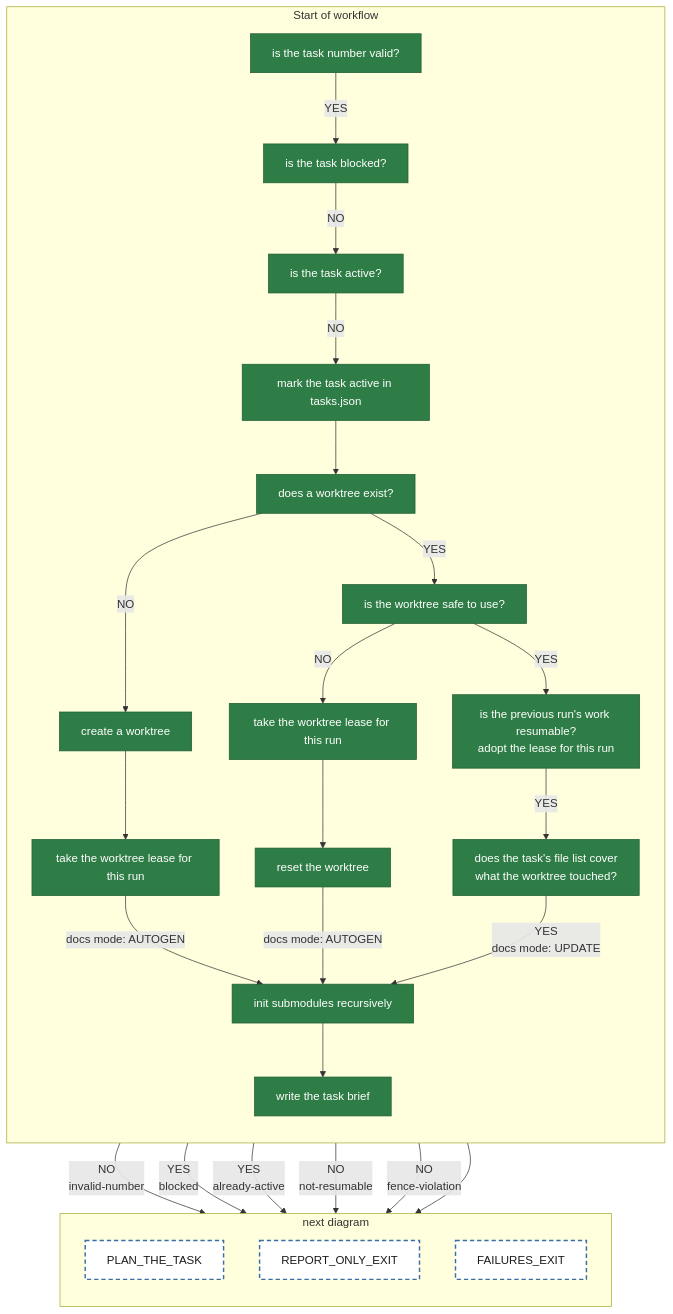
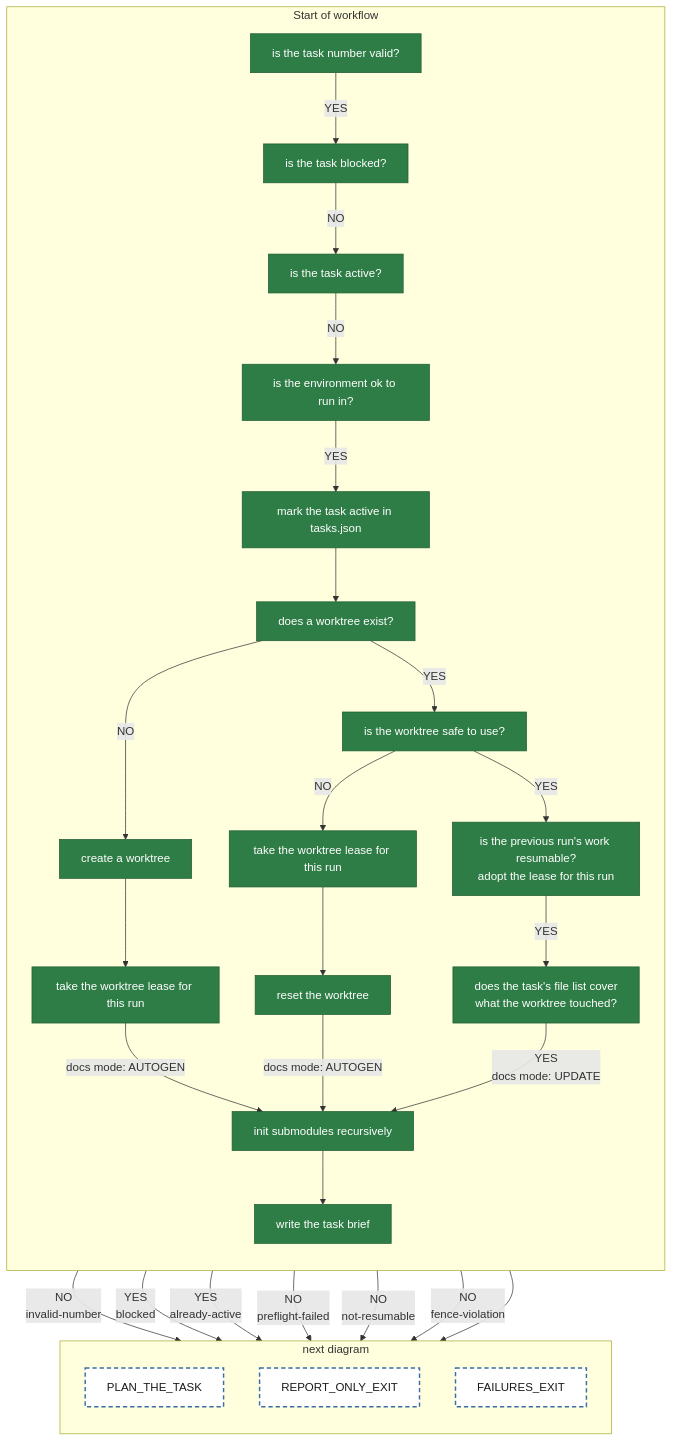
Before and after one commit to matkatmusic/taskTools: the diagram in diagrams/tackle-tasks/pipeline-preambleStatusCheck.mmd, drawn with Mermaid. The commit also changed 121 other files, not shown here.

```diff
--- a/diagrams/tackle-tasks/pipeline-preambleStatusCheck.mmd
+++ b/diagrams/tackle-tasks/pipeline-preambleStatusCheck.mmd
@@ -1,57 +1,60 @@
 flowchart TB
 %% One agent() call. /run-step starts at PREAMBLE_STATUS_CHECK. Every path ends at an orange block, a dashed block, or STOP.
 
   subgraph preambleStatusCheck ["Start of workflow"]
     direction TB
     PREAMBLE_STATUS_CHECK["is the task number valid?"]
     IS_TASK_BLOCKED_Q["is the task blocked?"]
     IS_TASK_ACTIVE_Q["is the task active?"]
+    PREFLIGHT_OK_Q["is the environment ok to run in?"]
     MARK_TASK_ACTIVE["mark the task active in tasks.json"]
     DOES_WORKTREE_EXIST_Q["does a worktree exist?"]
     CREATE_WORKTREE["create a worktree"]
     TAKE_WORKTREE_LEASE["take the worktree lease for this run"]
     IS_WORKTREE_SAFE_TO_USE_Q["is the worktree safe to use?"]
     TAKE_WORKTREE_LEASE_BEFORE_RESET["take the worktree lease for this run"]
     RESET_WORKTREE["reset the worktree"]
     IS_PREVIOUS_RUN_RESUMABLE_Q["is the previous run's work resumable?<br/>adopt the lease for this run"]
     DOES_FENCE_COVER_WORKTREE_Q["does the task's file list cover<br/>what the worktree touched?"]
     INIT_SUBMODULES_RECURSIVELY["init submodules recursively"]
     DOCUMENT_GENERATION["write the task brief"]
   end
   subgraph preambleStatusCheckNext ["next diagram"]
     direction TB
     PLAN_THE_TASK["PLAN_THE_TASK"]
     REPORT_ONLY_EXIT["REPORT_ONLY_EXIT"]
     FAILURES_EXIT["FAILURES_EXIT"]
   end
   preambleStatusCheck ~~~ preambleStatusCheckNext
 
   PREAMBLE_STATUS_CHECK -- "NO<br/>invalid-number" --> REPORT_ONLY_EXIT
   PREAMBLE_STATUS_CHECK -- "YES" --> IS_TASK_BLOCKED_Q
   IS_TASK_BLOCKED_Q -- "YES<br/>blocked" --> REPORT_ONLY_EXIT
   IS_TASK_BLOCKED_Q -- "NO" --> IS_TASK_ACTIVE_Q
   IS_TASK_ACTIVE_Q -- "YES<br/>already-active" --> REPORT_ONLY_EXIT
-  IS_TASK_ACTIVE_Q -- "NO" --> MARK_TASK_ACTIVE
+  IS_TASK_ACTIVE_Q -- "NO" --> PREFLIGHT_OK_Q
+  PREFLIGHT_OK_Q -- "NO<br/>preflight-failed" --> REPORT_ONLY_EXIT
+  PREFLIGHT_OK_Q -- "YES" --> MARK_TASK_ACTIVE
   MARK_TASK_ACTIVE --> DOES_WORKTREE_EXIST_Q
   DOES_WORKTREE_EXIST_Q -- "NO" --> CREATE_WORKTREE
   CREATE_WORKTREE --> TAKE_WORKTREE_LEASE
   TAKE_WORKTREE_LEASE -- "docs mode: AUTOGEN" --> INIT_SUBMODULES_RECURSIVELY
   DOES_WORKTREE_EXIST_Q -- "YES" --> IS_WORKTREE_SAFE_TO_USE_Q
   IS_WORKTREE_SAFE_TO_USE_Q -- "NO" --> TAKE_WORKTREE_LEASE_BEFORE_RESET
   TAKE_WORKTREE_LEASE_BEFORE_RESET --> RESET_WORKTREE
   RESET_WORKTREE -- "docs mode: AUTOGEN" --> INIT_SUBMODULES_RECURSIVELY
   IS_WORKTREE_SAFE_TO_USE_Q -- "YES" --> IS_PREVIOUS_RUN_RESUMABLE_Q
   IS_PREVIOUS_RUN_RESUMABLE_Q -- "NO<br/>not-resumable" --> FAILURES_EXIT
   IS_PREVIOUS_RUN_RESUMABLE_Q -- "YES" --> DOES_FENCE_COVER_WORKTREE_Q
   DOES_FENCE_COVER_WORKTREE_Q -- "NO<br/>fence-violation" --> FAILURES_EXIT
   DOES_FENCE_COVER_WORKTREE_Q -- "YES<br/>docs mode: UPDATE" --> INIT_SUBMODULES_RECURSIVELY
   INIT_SUBMODULES_RECURSIVELY --> DOCUMENT_GENERATION
   DOCUMENT_GENERATION --> PLAN_THE_TASK
 
   classDef script fill:#2f7d46,stroke:#1e5c31,color:#ffffff
   classDef returns_a_prompt fill:#e07b39,stroke:#a8541f,color:#1a1a1a
   classDef fail fill:red,stroke:#254a70,color:#ffffff
   classDef output fill:#3b6ea5,stroke:#254a70,color:#ffffff
   classDef next_diagram fill:#ffffff,stroke:#3b6ea5,stroke-width:2px,stroke-dasharray:6 4,color:#1a1a1a
-  class PREAMBLE_STATUS_CHECK,IS_TASK_BLOCKED_Q,IS_TASK_ACTIVE_Q,MARK_TASK_ACTIVE,DOES_WORKTREE_EXIST_Q,CREATE_WORKTREE,TAKE_WORKTREE_LEASE,IS_WORKTREE_SAFE_TO_USE_Q,TAKE_WORKTREE_LEASE_BEFORE_RESET,RESET_WORKTREE,IS_PREVIOUS_RUN_RESUMABLE_Q,DOES_FENCE_COVER_WORKTREE_Q,INIT_SUBMODULES_RECURSIVELY,DOCUMENT_GENERATION script
+  class PREAMBLE_STATUS_CHECK,IS_TASK_BLOCKED_Q,IS_TASK_ACTIVE_Q,PREFLIGHT_OK_Q,MARK_TASK_ACTIVE,DOES_WORKTREE_EXIST_Q,CREATE_WORKTREE,TAKE_WORKTREE_LEASE,IS_WORKTREE_SAFE_TO_USE_Q,TAKE_WORKTREE_LEASE_BEFORE_RESET,RESET_WORKTREE,IS_PREVIOUS_RUN_RESUMABLE_Q,DOES_FENCE_COVER_WORKTREE_Q,INIT_SUBMODULES_RECURSIVELY,DOCUMENT_GENERATION script
   class PLAN_THE_TASK,REPORT_ONLY_EXIT,FAILURES_EXIT next_diagram
```
